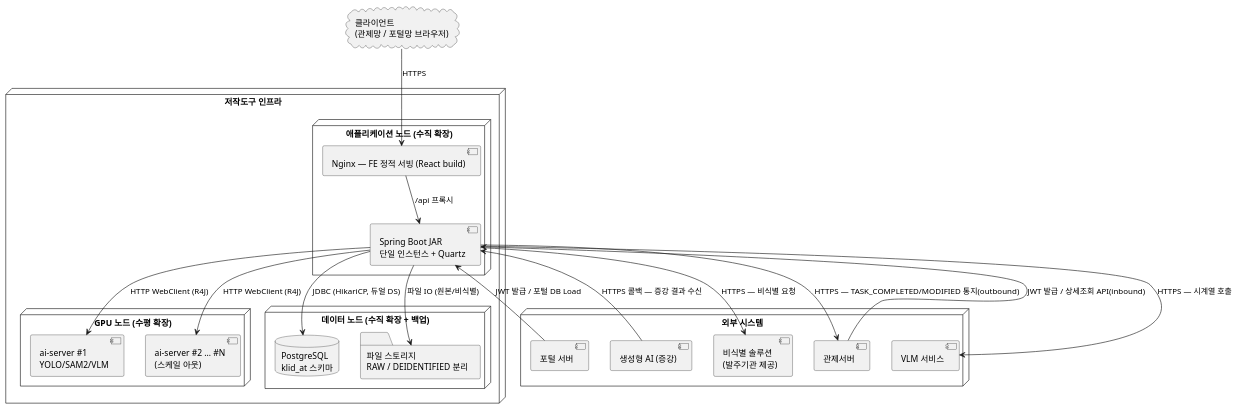
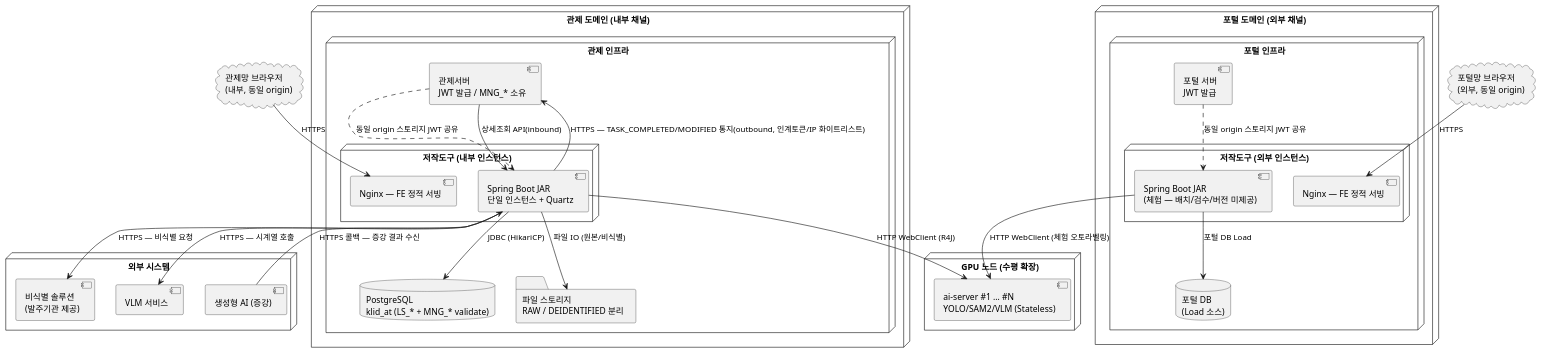
One commit to New-stella/klid-label changed the second of 2 diagrams in docs/design/D5-아키텍처설계서.md. Above: the diagram before and after it, drawn with PlantUML. The commit also changed other lines of this file and 12 other files, not shown here.

````diff
--- a/docs/design/D5-아키텍처설계서.md
+++ b/docs/design/D5-아키텍처설계서.md
@@ -149,43 +155,56 @@
 ```plantuml
 @startuml
 skinparam shadowing false
 
-cloud "클라이언트\n(관제망 / 포털망 브라우저)" as BROWSER
+cloud "관제망 브라우저\n(내부, 동일 origin)" as BROWSER_C
+cloud "포털망 브라우저\n(외부, 동일 origin)" as BROWSER_P
 
-node "저작도구 인프라" {
-  node "애플리케이션 노드 (수직 확장)" as APPNODE {
-    [Nginx — FE 정적 서빙 (React build)] as NGINX
-    [Spring Boot JAR\n단일 인스턴스 + Quartz] as BE
-  }
-  node "GPU 노드 (수평 확장)" as GPUNODE {
-    [ai-server #1\nYOLO/SAM2/VLM] as AI1
-    [ai-server #2 … #N\n(스케일 아웃)] as AI2
-  }
-  node "데이터 노드 (수직 확장 + 백업)" as DATANODE {
-    database "PostgreSQL\nklid_at 스키마" as PGDB
-    folder "파일 스토리지\nRAW / DEIDENTIFIED 분리" as FS
+node "관제 도메인 (내부 채널)" as CTRL_DOMAIN {
+  node "관제 인프라" {
+    [관제서버\nJWT 발급 / MNG_* 소유] as CTRL
+    node "저작도구 (내부 인스턴스)" as APPNODE_C {
+      [Nginx — FE 정적 서빙] as NGINX_C
+      [Spring Boot JAR\n단일 인스턴스 + Quartz] as BE_C
+    }
+    database "PostgreSQL\nklid_at (LS_* + MNG_* validate)" as PGDB_C
+    folder "파일 스토리지\nRAW / DEIDENTIFIED 분리" as FS_C
   }
 }
 
+node "포털 도메인 (외부 채널)" as PORT_DOMAIN {
+  node "포털 인프라" {
+    [포털 서버\nJWT 발급] as PORTAL
+    node "저작도구 (외부 인스턴스)" as APPNODE_P {
+      [Nginx — FE 정적 서빙] as NGINX_P
+      [Spring Boot JAR\n(체험 — 배치/검수/버전 미제공)] as BE_P
+    }
+    database "포털 DB\n(Load 소스)" as PGDB_P
+  }
+}
+
+node "GPU 노드 (수평 확장)" as GPUNODE {
+  [ai-server #1 … #N\nYOLO/SAM2/VLM (Stateless)] as AI1
+}
+
 node "외부 시스템" {
-  [관제서버] as CTRL
-  [포털 서버] as PORTAL
   [비식별 솔루션\n(발주기관 제공)] as DEID
   [VLM 서비스] as VLM
   [생성형 AI (증강)] as GEN
 }
 
-BROWSER --> NGINX : HTTPS
-NGINX --> BE : /api 프록시
-BE --> PGDB : JDBC (HikariCP, 듀얼 DS)
-BE --> FS : 파일 IO (원본/비식별)
-BE --> AI1 : HTTP WebClient (R4J)
-BE --> AI2 : HTTP WebClient (R4J)
-BE --> CTRL : HTTPS — TASK_COMPLETED/MODIFIED 통지(outbound)
-CTRL --> BE : JWT 발급 / 상세조회 API(inbound)
-PORTAL --> BE : JWT 발급 / 포털 DB Load
-BE --> DEID : HTTPS — 비식별 요청
-BE --> VLM : HTTPS — 시계열 호출
-GEN --> BE : HTTPS 콜백 — 증강 결과 수신
+BROWSER_C --> NGINX_C : HTTPS
+BROWSER_P --> NGINX_P : HTTPS
+CTRL ..> BE_C : 동일 origin 스토리지 JWT 공유
+PORTAL ..> BE_P : 동일 origin 스토리지 JWT 공유
+BE_C --> PGDB_C : JDBC (HikariCP)
+BE_C --> FS_C : 파일 IO (원본/비식별)
+BE_P --> PGDB_P : 포털 DB Load
+BE_C --> AI1 : HTTP WebClient (R4J)
+BE_P --> AI1 : HTTP WebClient (체험 오토라벨링)
+BE_C --> CTRL : HTTPS — TASK_COMPLETED/MODIFIED 통지(outbound, 인계토큰/IP 화이트리스트)
+CTRL --> BE_C : 상세조회 API(inbound)
+BE_C --> DEID : HTTPS — 비식별 요청
+BE_C --> VLM : HTTPS — 시계열 호출
+GEN --> BE_C : HTTPS 콜백 — 증강 결과 수신
 @enduml
 ```
````
